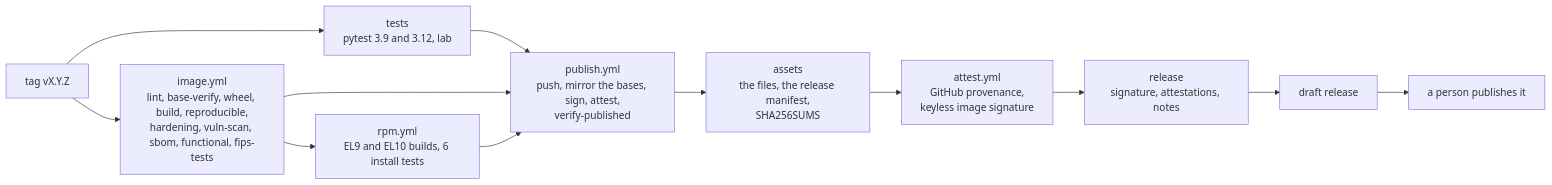
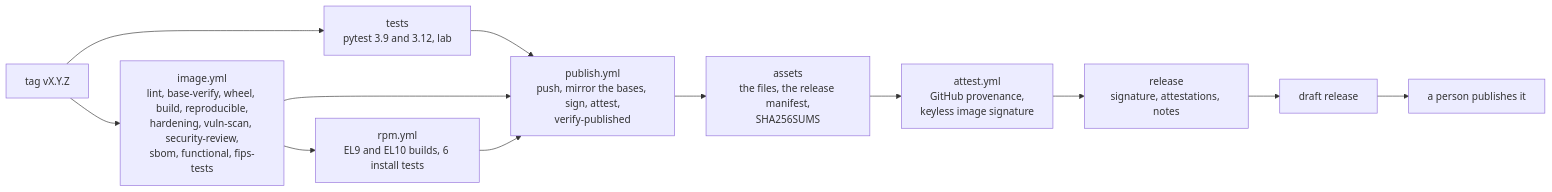
Before and after one commit to JoeHazurmoney/architecture-wiredata-to-log: the diagram in docs/releasing.md, drawn with Mermaid. The commit also changed other lines of this file and 8 other files, not shown here.

First line of the commit message:
ci: scan findings pause for a security review instead of failing (#176)

````diff
--- a/docs/releasing.md
+++ b/docs/releasing.md
@@ -16,14 +16,14 @@
 ```mermaid
 flowchart LR
   tag["tag vX.Y.Z"] --> tests["tests<br/>pytest 3.9 and 3.12, lab"]
-  tag --> image["image.yml<br/>lint, base-verify, wheel, build, reproducible,<br/>hardening, vuln-scan, sbom, functional, fips-tests"]
+  tag --> image["image.yml<br/>lint, base-verify, wheel, build, reproducible,<br/>hardening, vuln-scan, security-review,<br/>sbom, functional, fips-tests"]
   image --> rpm["rpm.yml<br/>EL9 and EL10 builds, 6 install tests"]
   tests --> publish["publish.yml<br/>push, mirror the bases, sign, attest,<br/>verify-published"]
   image --> publish
   rpm --> publish
   publish --> assets["assets<br/>the files, the release manifest,<br/>SHA256SUMS"]
   assets --> attest["attest.yml<br/>GitHub provenance,<br/>keyless image signature"]
   attest --> release["release<br/>signature, attestations, notes"]
   release --> draft["draft release"]
   draft --> person["a person publishes it"]
 ```
````
